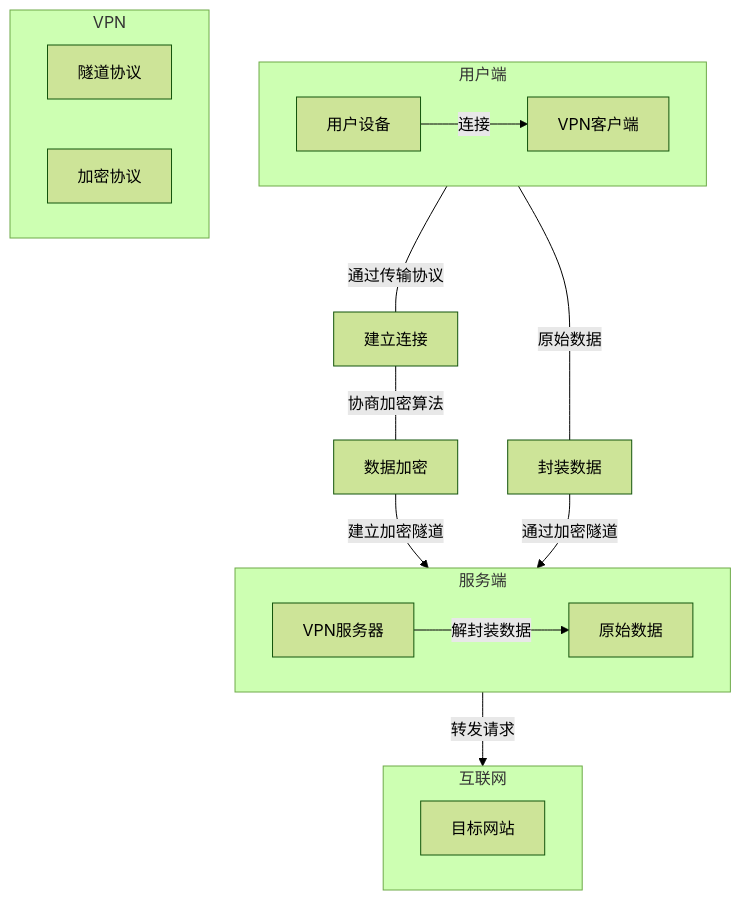
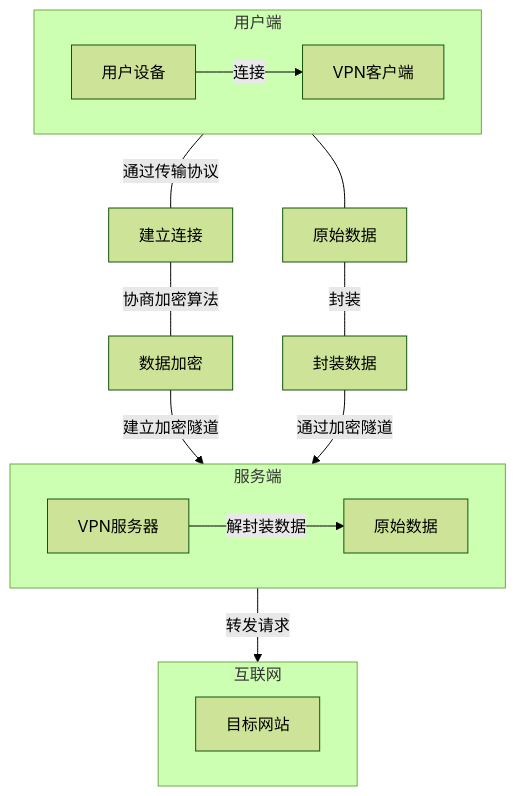
The second of 3 diagrams in content/🛜科学上网/翻墙协议讲解.md (baib-web/flowershow), drawn with Mermaid (forest theme) before and after one commit. The commit also changed other lines of this file, not shown here.

````diff
--- a/content/🛜科学上网/翻墙协议讲解.md
+++ b/content/🛜科学上网/翻墙协议讲解.md
@@ -245,50 +245,48 @@
 ```mermaid
 graph TD
 
 subgraph 用户端
 
 A[用户设备]
 
 B[VPN客户端]
 
 end
 
 C[建立连接]
 
 D[数据加密]
 
 subgraph 服务端
 
 G[VPN服务器]
 
 H[原始数据]
 
 end
 
 subgraph 互联网
 
 目标网站
 
 end
 
 A -->|连接| B
 
 用户端 --- |通过传输协议|C
 
 C ---|协商加密算法| D
 
 D --> |建立加密隧道|服务端
 
 G --> |解封装数据|H
 
-用户端 --- |原始数据|封装数据
+用户端 --- 原始数据
+
+原始数据 --- |封装|封装数据
 
 封装数据 --> |通过加密隧道| 服务端
 
 服务端 --> |转发请求|互联网
 
-subgraph VPN
-隧道协议
-加密协议
-end
 ```
````
